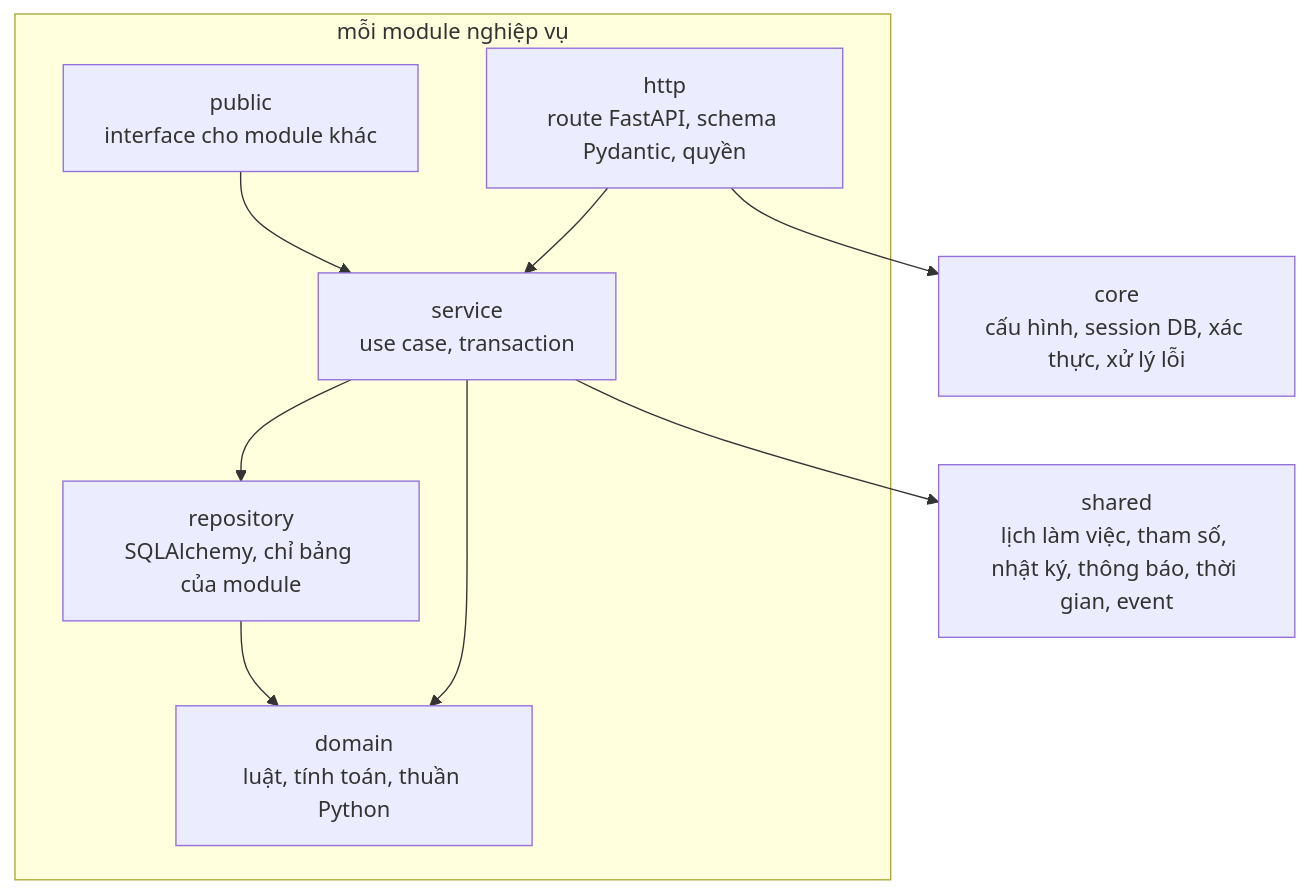
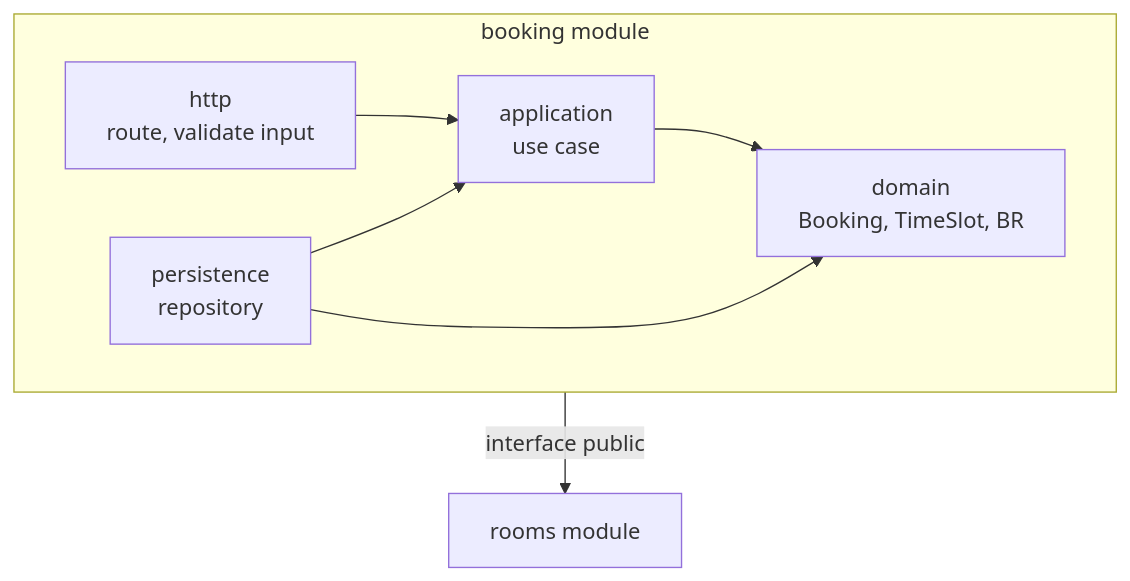
Before and after one commit to pbaodev/hr-manager: the diagram in docs/design/components.md, drawn with Mermaid. The commit also changed other lines of this file and 26 other files, not shown here.

````diff
--- a/docs/design/components.md
+++ b/docs/design/components.md
@@ -14,14 +15,10 @@
 ```mermaid
 flowchart TB
-  subgraph mod["mỗi module nghiệp vụ"]
-    http["http<br/>route FastAPI, schema Pydantic, quyền"] --> app["service<br/>use case, transaction"]
-    app --> domain["domain<br/>luật, tính toán, thuần Python"]
-    app --> repo["repository<br/>SQLAlchemy, chỉ bảng của module"]
-    repo --> domain
-    pub["public<br/>interface cho module khác"] --> app
+  subgraph booking["booking module"]
+    http["http<br/>route, validate input"] --> app["application<br/>use case"]
+    app --> domain["domain<br/>Booking, TimeSlot, BR"]
+    persistence["persistence<br/>repository"] --> app
+    persistence --> domain
   end
-  core["core<br/>cấu hình, session DB, xác thực, xử lý lỗi"]
-  shared["shared<br/>lịch làm việc, tham số, nhật ký, thông báo, thời gian, event"]
-  http --> core
-  app --> shared
+  booking -->|"interface public"| rooms["rooms module"]
 ```
````
